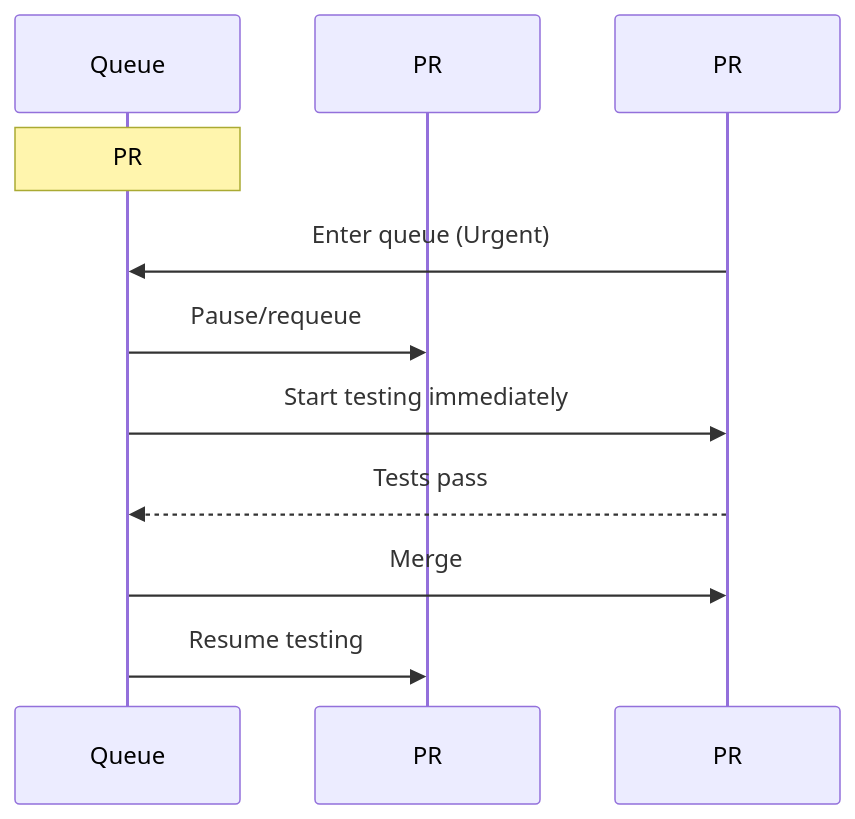
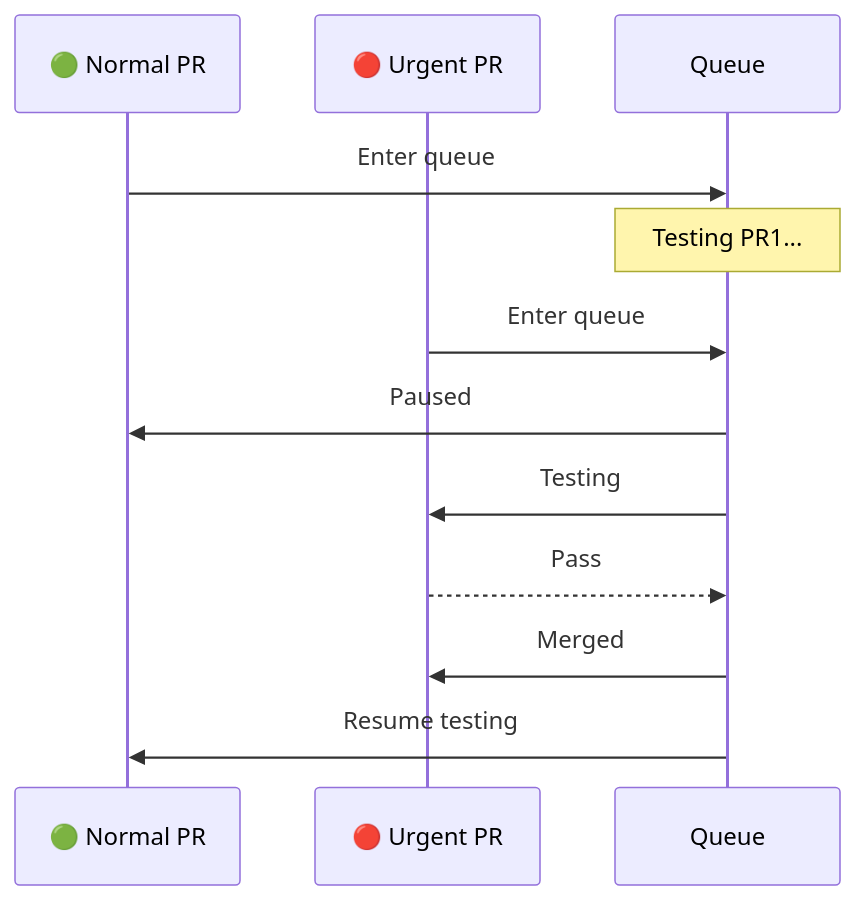
One commit to Mergifyio/merge-queue-academy changed the second of 2 diagrams in src/content/docs/features/priority-management.md. Above: the diagram before and after it, drawn with Mermaid. The commit also changed other lines of this file and 7 other files, not shown here.

````diff
--- a/src/content/docs/features/priority-management.md
+++ b/src/content/docs/features/priority-management.md
@@ -45,14 +37,15 @@
 ```mermaid
 sequenceDiagram
+    participant PR1 as 🟢 Normal PR
+    participant PR2 as 🔴 Urgent PR
     participant Q as Queue
-    participant PR1 as PR #1 (Normal)
-    participant PR2 as PR #2 (Urgent)
 
-    Note over Q: PR #1 is testing
-    PR2->>Q: Enter queue (Urgent)
-    Q->>PR1: Pause/requeue
-    Q->>PR2: Start testing immediately
-    PR2-->>Q: Tests pass
-    Q->>PR2: Merge
+    PR1->>Q: Enter queue
+    Note over Q: Testing PR1...
+    PR2->>Q: Enter queue
+    Q->>PR1: Paused
+    Q->>PR2: Testing
+    PR2-->>Q: Pass
+    Q->>PR2: Merged
     Q->>PR1: Resume testing
 ```
````
